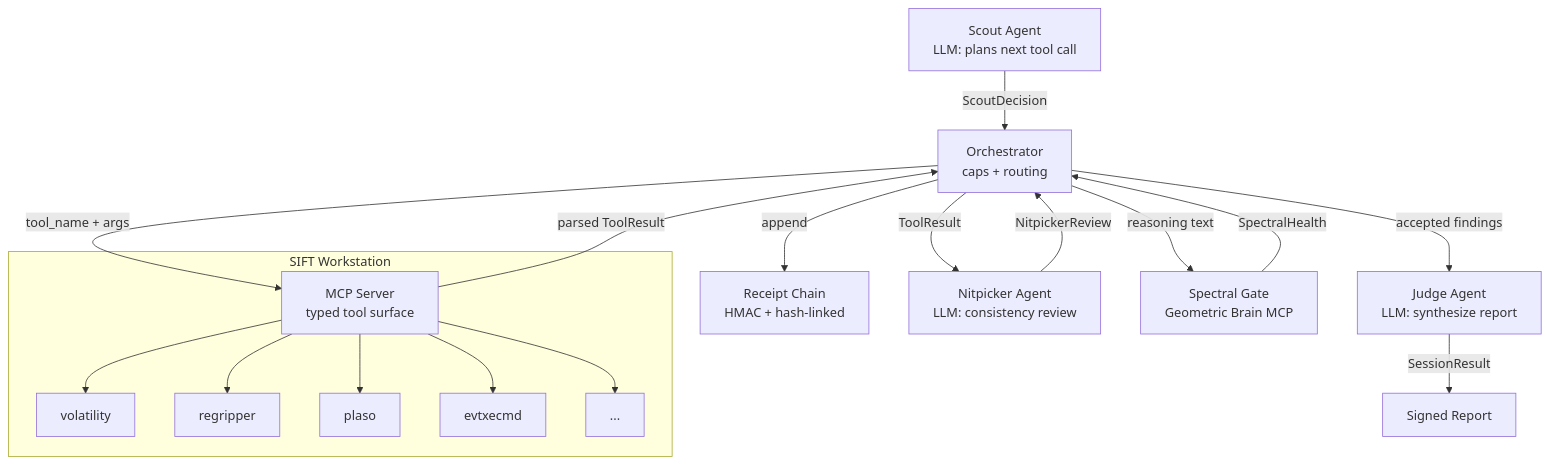
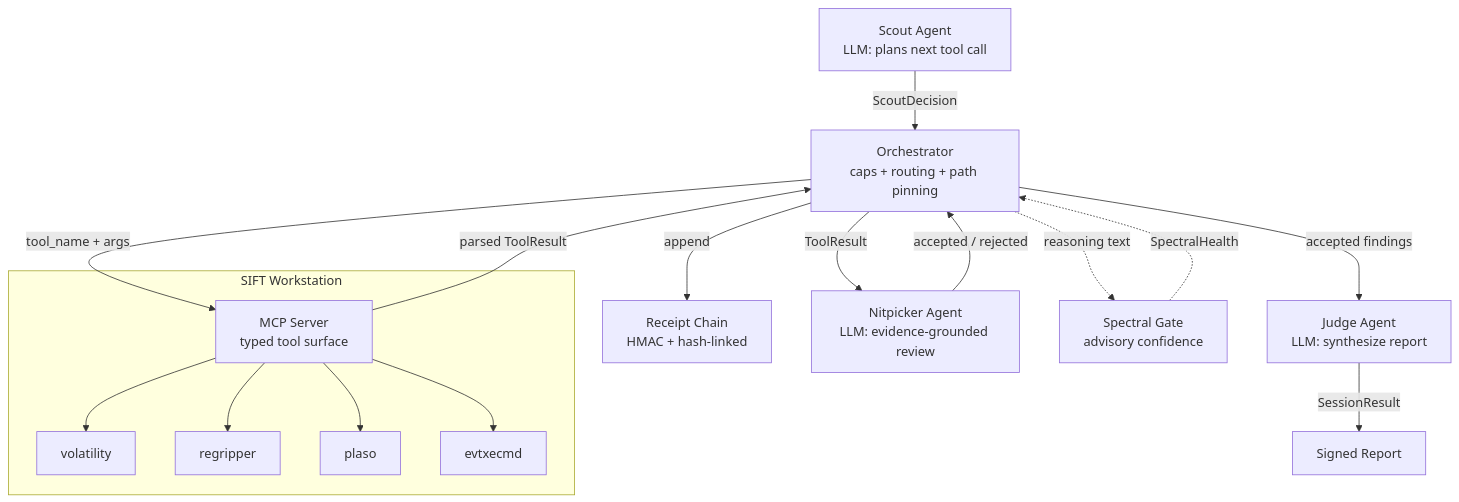
One commit to holeyfield33-art/aletheia-sentinel changed the diagram in README.md. Above: the diagram before and after it, drawn with Mermaid. The commit also changed other lines of this file and 6 other files, not shown here.

````diff
--- a/README.md
+++ b/README.md
@@ -83,21 +92,20 @@
 ```mermaid
-flowchart TD
-    A[Scout Agent\nLLM: plans next tool call] -->|ScoutDecision| B[Orchestrator\ncaps + routing]
+graph TD
+    A[Scout Agent\nLLM: plans next tool call] -->|ScoutDecision| B[Orchestrator\ncaps + routing + path pinning]
     B -->|tool_name + args| C[MCP Server\ntyped tool surface]
     C -->|parsed ToolResult| B
     B -->|append| D[Receipt Chain\nHMAC + hash-linked]
-    B -->|ToolResult| E[Nitpicker Agent\nLLM: consistency review]
-    E -->|NitpickerReview| B
-    B -->|reasoning text| F[Spectral Gate\nGeometric Brain MCP]
-    F -->|SpectralHealth| B
+    B -->|ToolResult| E[Nitpicker Agent\nLLM: evidence-grounded review]
+    E -->|accepted / rejected| B
+    B -.->|reasoning text| F[Spectral Gate\nadvisory confidence]
+    F -.->|SpectralHealth| B
     B -->|accepted findings| G[Judge Agent\nLLM: synthesize report]
     G -->|SessionResult| H[Signed Report]
 
     subgraph SIFT Workstation
         C --> I[volatility]
         C --> J[regripper]
         C --> K[plaso]
         C --> L[evtxecmd]
-        C --> M[...]
     end
 ```
````
